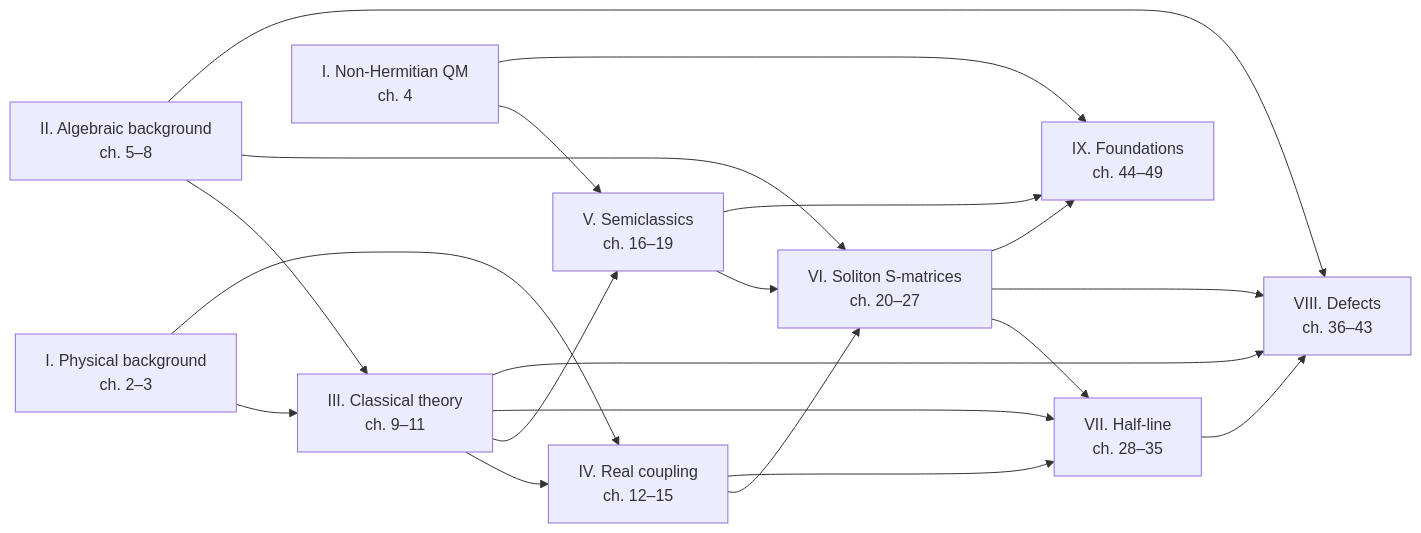
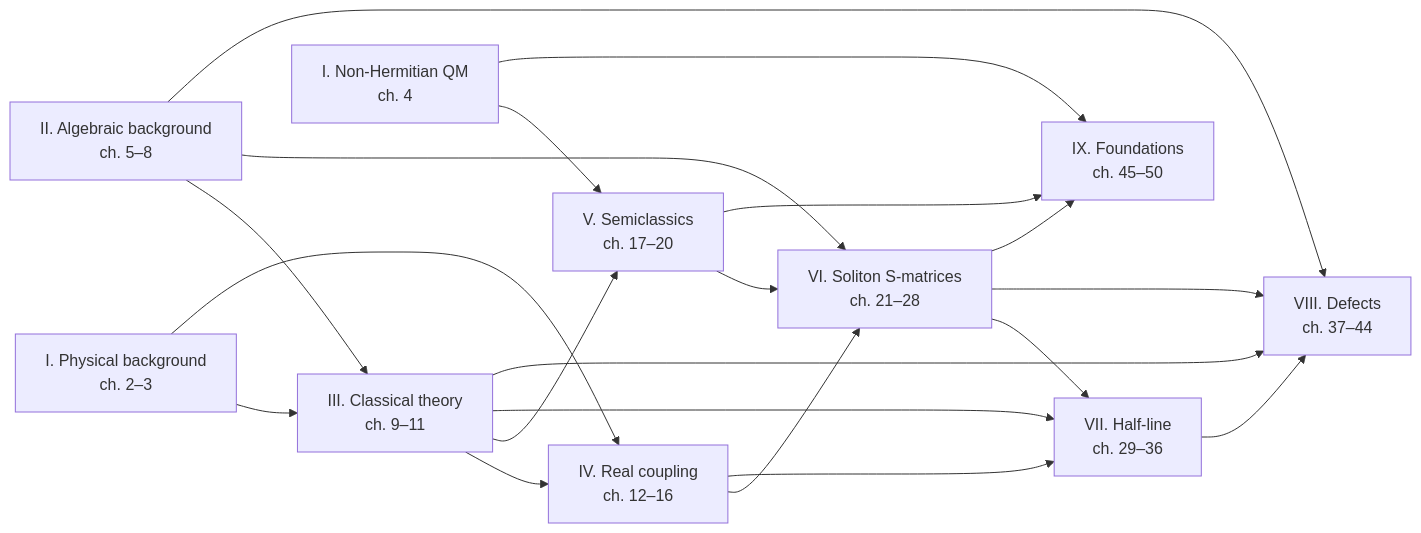
The diagram in 01-introduction.qmd (gustavdelius/affine_toda), drawn with Mermaid before and after one commit. The commit also changed other lines of this file and 35 other files, not shown here.

````diff
--- a/01-introduction.qmd
+++ b/01-introduction.qmd
@@ -77,25 +77,25 @@
 ```{mermaid}
 %%| label: fig-dependencies
 %%| fig-cap: "Dependencies between the parts of the book. An arrow means that the later part uses the earlier one. Chapter 4 of Part I, on non-Hermitian quantum mechanics, is drawn separately because only Parts V and IX use it."
 %%| fig-width: 6
 flowchart LR
   I["I. Physical background<br/>ch. 2–3"] --> III["III. Classical theory<br/>ch. 9–11"]
   II["II. Algebraic background<br/>ch. 5–8"] --> III
-  I --> IV["IV. Real coupling<br/>ch. 12–15"]
+  I --> IV["IV. Real coupling<br/>ch. 12–16"]
   III --> IV
-  III --> V["V. Semiclassics<br/>ch. 16–19"]
-  IV --> VI["VI. Soliton S-matrices<br/>ch. 20–27"]
+  III --> V["V. Semiclassics<br/>ch. 17–20"]
+  IV --> VI["VI. Soliton S-matrices<br/>ch. 21–28"]
   II --> VI
   V --> VI
-  VI --> VII["VII. Half-line<br/>ch. 28–35"]
+  VI --> VII["VII. Half-line<br/>ch. 29–36"]
   III --> VII
   IV --> VII
-  VII --> VIII["VIII. Defects<br/>ch. 36–43"]
+  VII --> VIII["VIII. Defects<br/>ch. 37–44"]
   II --> VIII
   III --> VIII
   VI --> VIII
-  V --> IX["IX. Foundations<br/>ch. 44–49"]
+  V --> IX["IX. Foundations<br/>ch. 45–50"]
   I4["I. Non-Hermitian QM<br/>ch. 4"] --> V
   I4 --> IX
   VI --> IX
 ```
````
